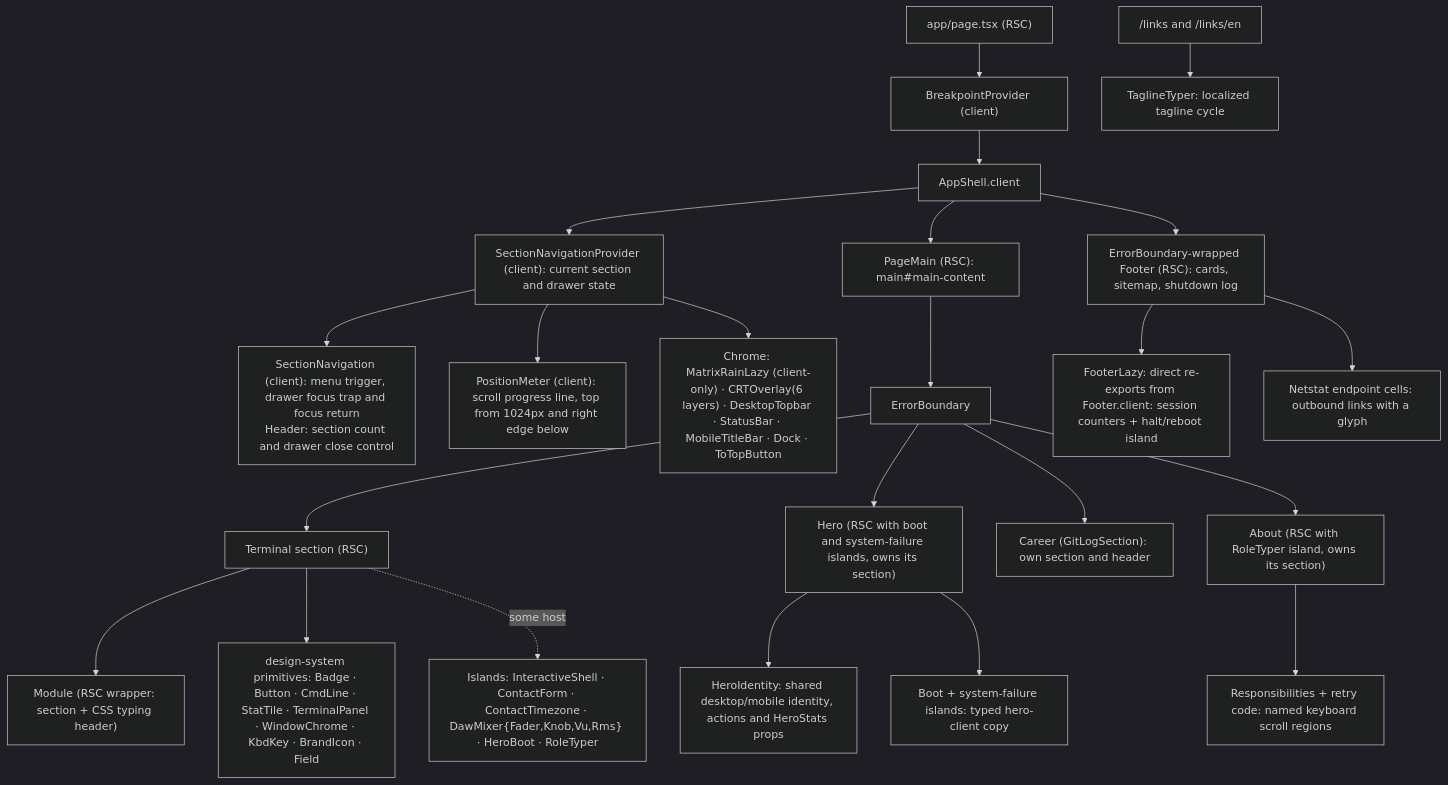
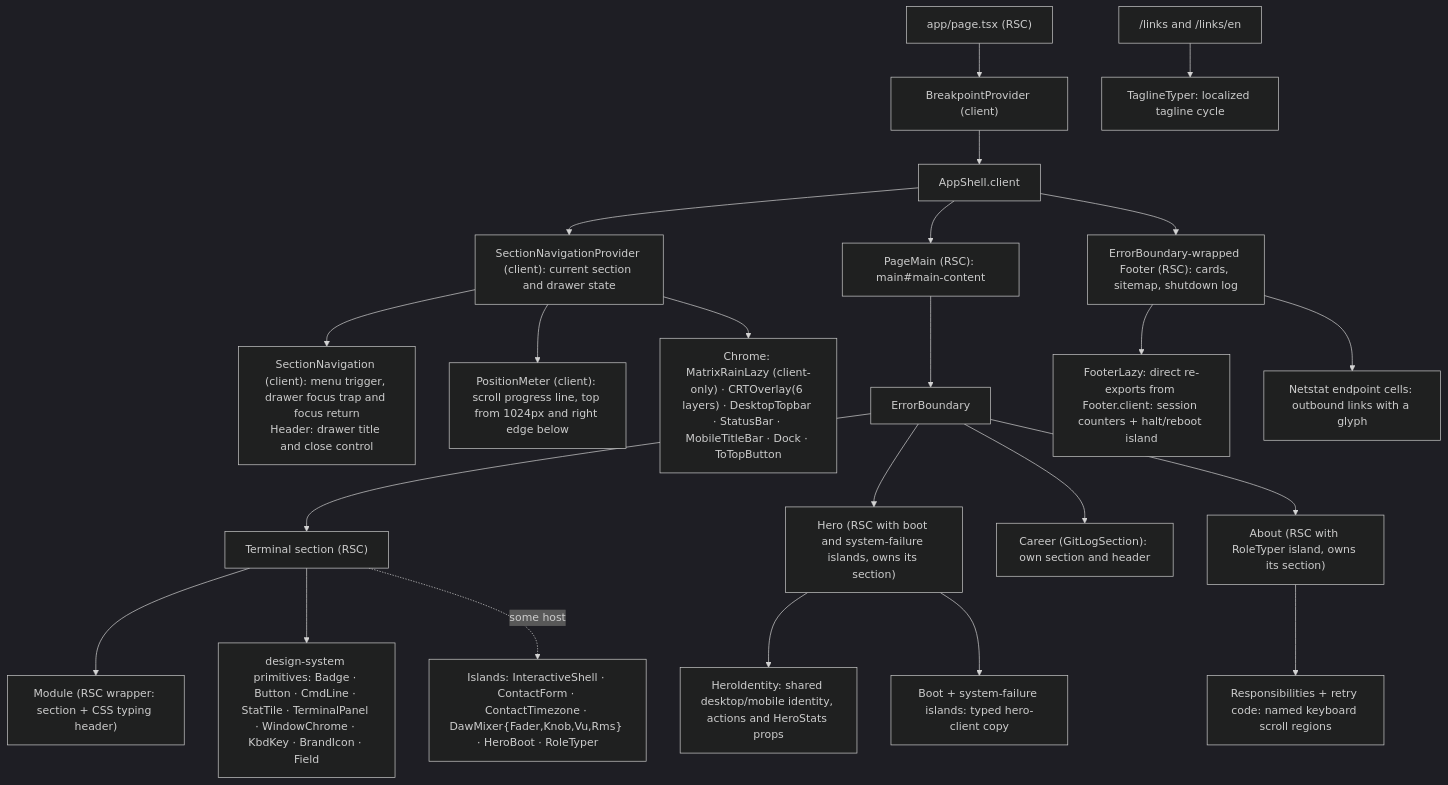
One commit to erikunha/portfolio changed the first of 2 diagrams in docs/04-components-and-state.md. Above: the diagram before and after it, drawn with Mermaid (dark theme). The commit also changed 5 other files, not shown here.

First line of the commit message:
feat(nav): remove the drawer section-count badge and normalize the close button

````diff
--- a/docs/04-components-and-state.md
+++ b/docs/04-components-and-state.md
@@ -30,25 +30,25 @@
 ```mermaid
 flowchart TD
     page["app/page.tsx (RSC)"] --> bp["BreakpointProvider (client)"]
     bp --> shell["AppShell.client"]
     shell --> navigation["SectionNavigationProvider (client): current section and drawer state"]
-    navigation --> rail["SectionNavigation (client): menu trigger, drawer focus trap and focus return<br/>Header: section count and drawer close control"]
+    navigation --> rail["SectionNavigation (client): menu trigger, drawer focus trap and focus return<br/>Header: drawer title and close control"]
     navigation --> position["PositionMeter (client): scroll progress line, top from 1024px and right edge below"]
     navigation --> chrome["Chrome: MatrixRainLazy (client-only) · CRTOverlay(6 layers) · DesktopTopbar · StatusBar · MobileTitleBar · Dock · ToTopButton"]
     shell --> main["PageMain (RSC): main#main-content"]
     main --> eb["ErrorBoundary"]
     eb --> sec["Terminal section (RSC)"]
     sec --> mod["Module (RSC wrapper: section + CSS typing header)"]
     sec --> dsp["design-system primitives: Badge · Button · CmdLine · StatTile · TerminalPanel · WindowChrome · KbdKey · BrandIcon · Field"]
     sec -. some host .-> isl["Islands: InteractiveShell · ContactForm · ContactTimezone · DawMixer{Fader,Knob,Vu,Rms} · HeroBoot · RoleTyper"]
     eb --> hero["Hero (RSC with boot and system-failure islands, owns its section)"]
     hero --> identity["HeroIdentity: shared desktop/mobile identity, actions and HeroStats props"]
     hero --> clientcopy["Boot + system-failure islands: typed hero-client copy"]
     eb --> career["Career (GitLogSection): own section and header"]
     eb --> about["About (RSC with RoleTyper island, owns its section)"]
     about --> scroll["Responsibilities + retry code: named keyboard scroll regions"]
     shell --> fl["ErrorBoundary-wrapped Footer (RSC): cards, sitemap, shutdown log"]
     fl --> fi["FooterLazy: direct re-exports from Footer.client: session counters + halt/reboot island"]
     fl --> fc["Netstat endpoint cells: outbound links with a glyph"]
     links["/links and /links/en"] --> tagline["TaglineTyper: localized tagline cycle"]
 ```
````
